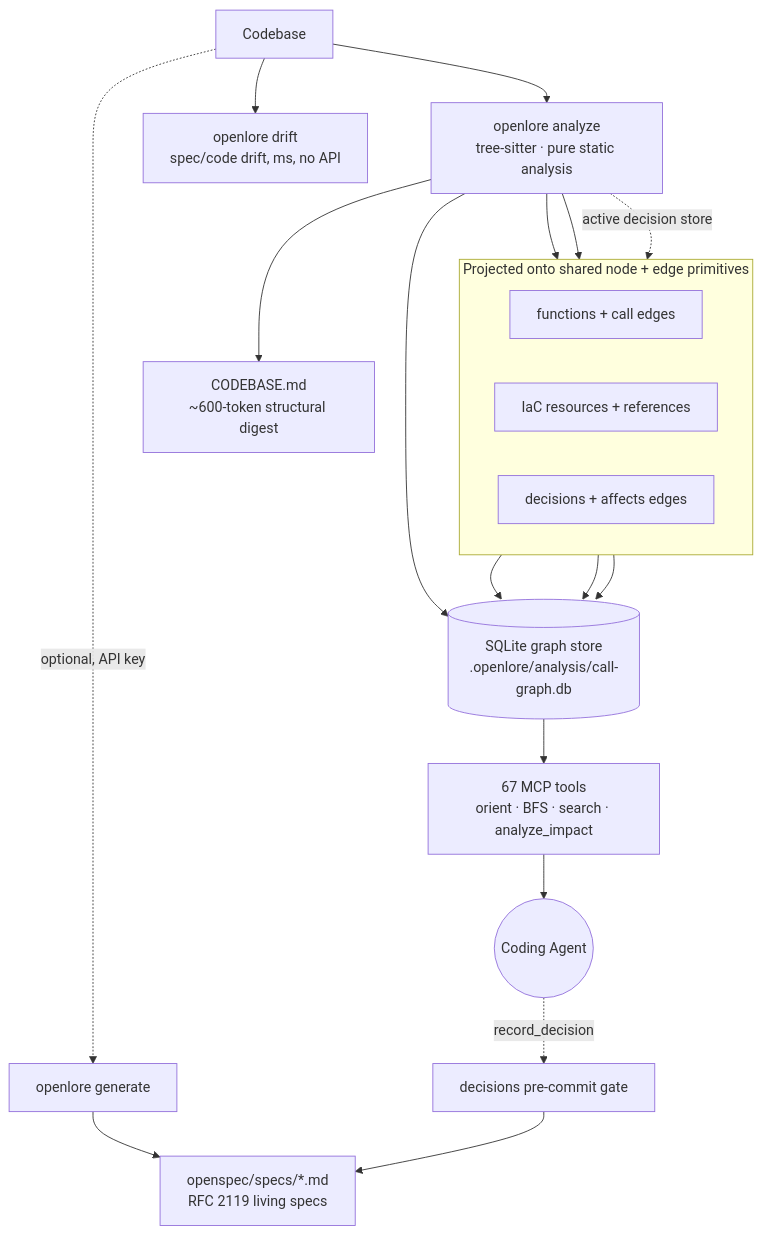
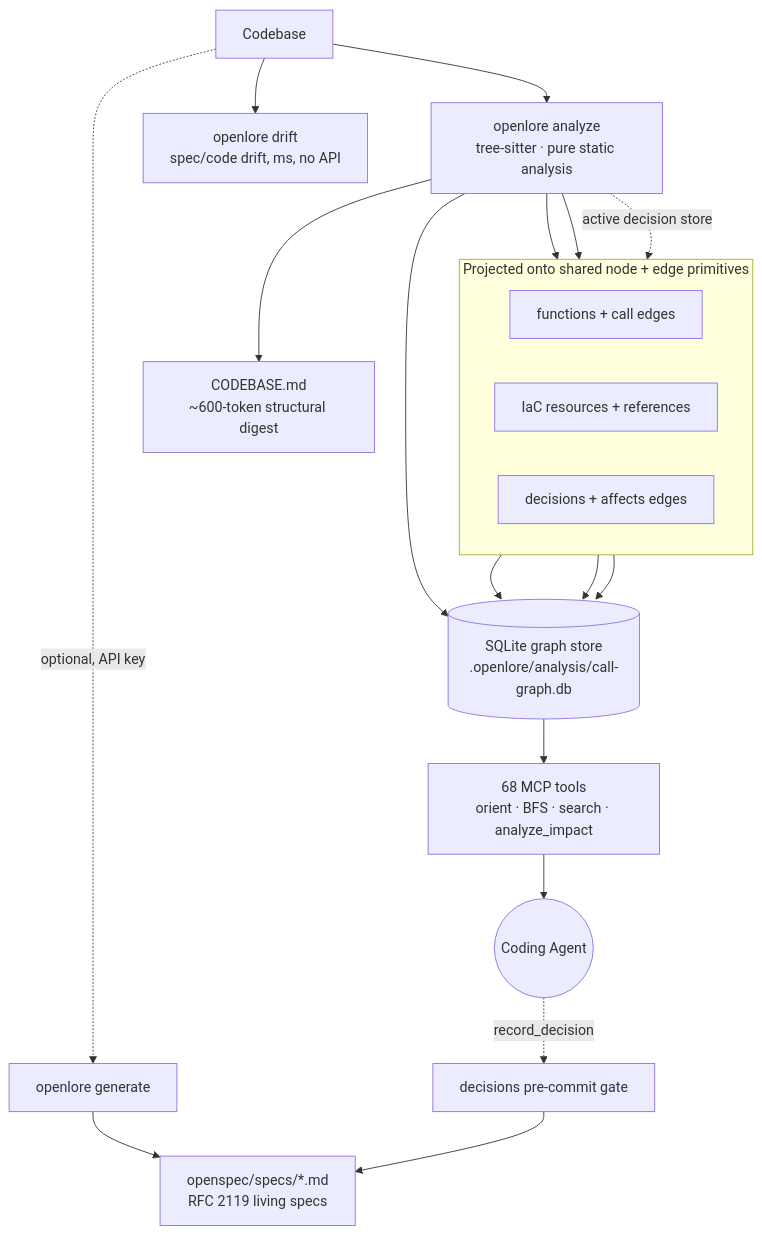
The first of 2 diagrams in README.md (zoroneo/OpenLore), drawn with Mermaid before and after one commit. The commit also changed other lines of this file and 37 other files, not shown here.

````diff
--- a/README.md
+++ b/README.md
@@ -452,28 +457,28 @@
 ```mermaid
 flowchart TD
     Code[Codebase] --> Analyze[openlore analyze<br/>tree-sitter · pure static analysis]
     Analyze --> DB[(SQLite graph store<br/>.openlore/analysis/call-graph.db)]
     Analyze --> Digest[CODEBASE.md<br/>~600-token structural digest]
 
     subgraph shared["Projected onto shared node + edge primitives"]
       direction LR
       CodeNodes[functions + call edges]
       Iac[IaC resources + references]
       Dec[decisions + affects edges]
     end
     Analyze --> CodeNodes
     Analyze --> Iac
     Analyze -. active decision store .-> Dec
     CodeNodes --> DB
     Iac --> DB
     Dec --> DB
 
-    DB --> MCP[67 MCP tools<br/>orient · BFS · search · analyze_impact]
+    DB --> MCP[68 MCP tools<br/>orient · BFS · search · analyze_impact]
     MCP --> Agent((Coding Agent))
 
     Code -. optional, API key .-> Gen[openlore generate]
     Gen --> Specs[openspec/specs/*.md<br/>RFC 2119 living specs]
     Code --> Drift[openlore drift<br/>spec/code drift, ms, no API]
     Agent -. record_decision .-> Gate[decisions pre-commit gate]
     Gate --> Specs
 ```
````
